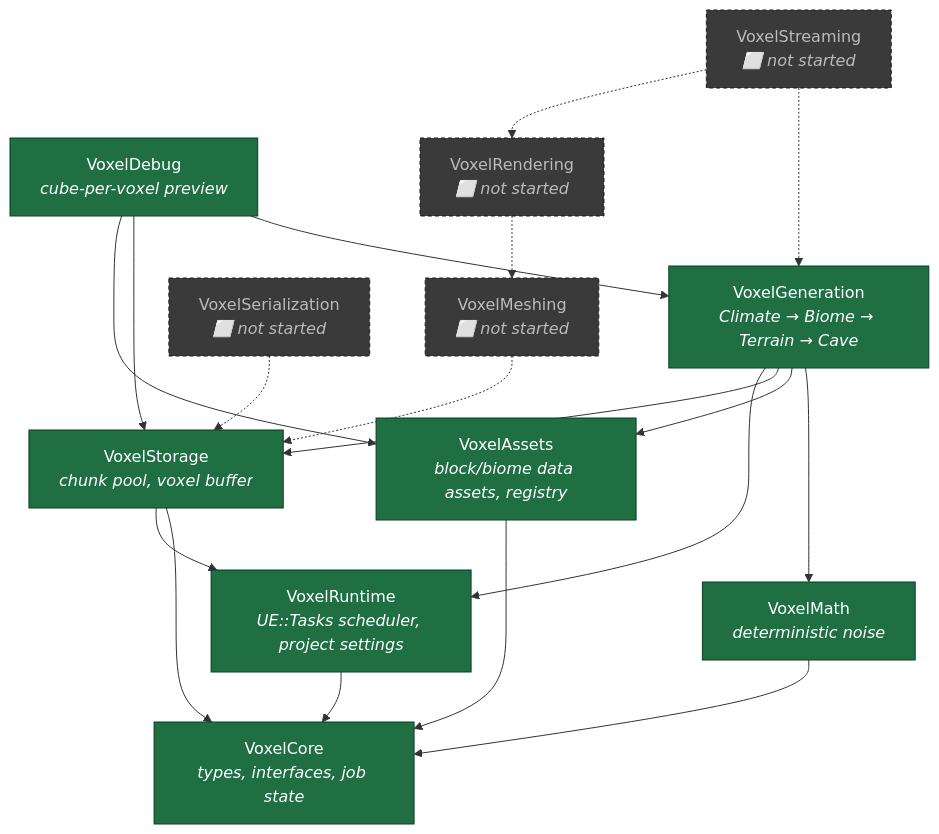
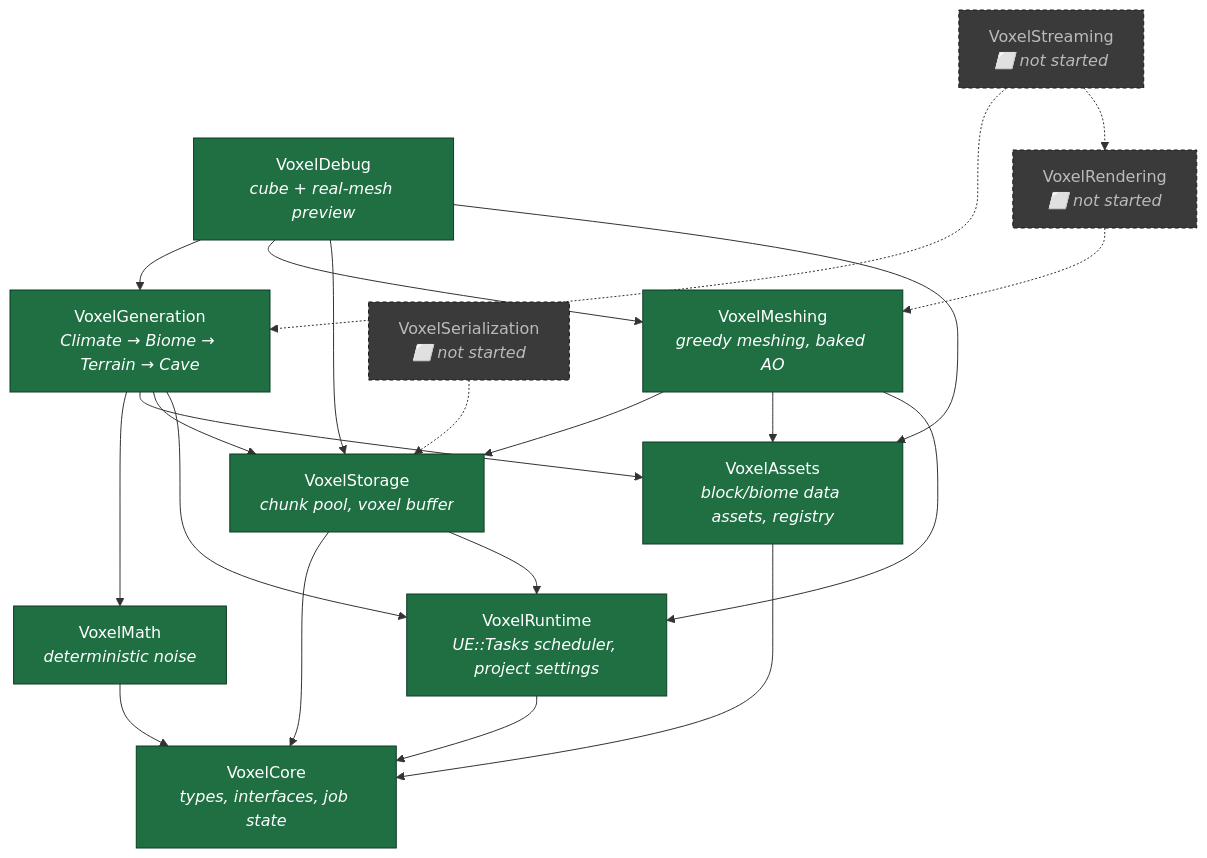
Before and after one commit to Jaiminsinh-Dodiya/VoxelFramework-UE5: the first of 3 diagrams in README.md, drawn with Mermaid. The commit also changed other lines of this file and 3 other files, not shown here.

First line of the commit message:
Update docs for VoxelMeshing completion + visual validation

````diff
--- a/README.md
+++ b/README.md
@@ -38,37 +40,40 @@
 ```mermaid
 graph TD
     VoxelCore["VoxelCore<br/><i>types, interfaces, job state</i>"]
     VoxelRuntime["VoxelRuntime<br/><i>UE::Tasks scheduler, project settings</i>"]
     VoxelMath["VoxelMath<br/><i>deterministic noise</i>"]
     VoxelAssets["VoxelAssets<br/><i>block/biome data assets, registry</i>"]
     VoxelStorage["VoxelStorage<br/><i>chunk pool, voxel buffer</i>"]
     VoxelGeneration["VoxelGeneration<br/><i>Climate → Biome → Terrain → Cave</i>"]
-    VoxelDebug["VoxelDebug<br/><i>cube-per-voxel preview</i>"]
-    VoxelMeshing["VoxelMeshing<br/><i>⬜ not started</i>"]
+    VoxelMeshing["VoxelMeshing<br/><i>greedy meshing, baked AO</i>"]
+    VoxelDebug["VoxelDebug<br/><i>cube + real-mesh preview</i>"]
     VoxelRendering["VoxelRendering<br/><i>⬜ not started</i>"]
     VoxelStreaming["VoxelStreaming<br/><i>⬜ not started</i>"]
     VoxelSerialization["VoxelSerialization<br/><i>⬜ not started</i>"]
 
     VoxelRuntime --> VoxelCore
     VoxelMath --> VoxelCore
     VoxelAssets --> VoxelCore
     VoxelStorage --> VoxelCore
     VoxelStorage --> VoxelRuntime
     VoxelGeneration --> VoxelMath
     VoxelGeneration --> VoxelAssets
     VoxelGeneration --> VoxelStorage
     VoxelGeneration --> VoxelRuntime
+    VoxelMeshing --> VoxelStorage
+    VoxelMeshing --> VoxelAssets
+    VoxelMeshing --> VoxelRuntime
     VoxelDebug --> VoxelGeneration
+    VoxelDebug --> VoxelMeshing
     VoxelDebug --> VoxelStorage
     VoxelDebug --> VoxelAssets
-    VoxelMeshing -.-> VoxelStorage
     VoxelRendering -.-> VoxelMeshing
     VoxelStreaming -.-> VoxelGeneration
     VoxelStreaming -.-> VoxelRendering
     VoxelSerialization -.-> VoxelStorage
 
     classDef done fill:#1f6f43,stroke:#0d3d24,color:#fff
     classDef pending fill:#3a3a3a,stroke:#1a1a1a,color:#bbb,stroke-dasharray: 4 3
-    class VoxelCore,VoxelRuntime,VoxelMath,VoxelAssets,VoxelStorage,VoxelGeneration,VoxelDebug done
-    class VoxelMeshing,VoxelRendering,VoxelStreaming,VoxelSerialization pending
+    class VoxelCore,VoxelRuntime,VoxelMath,VoxelAssets,VoxelStorage,VoxelGeneration,VoxelMeshing,VoxelDebug done
+    class VoxelRendering,VoxelStreaming,VoxelSerialization pending
 ```
````
